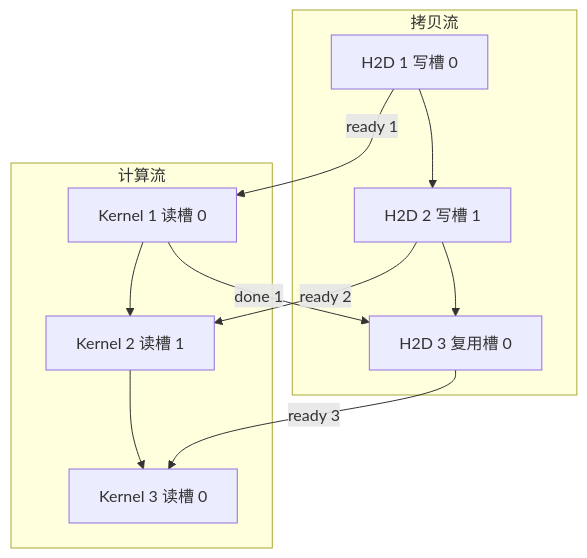
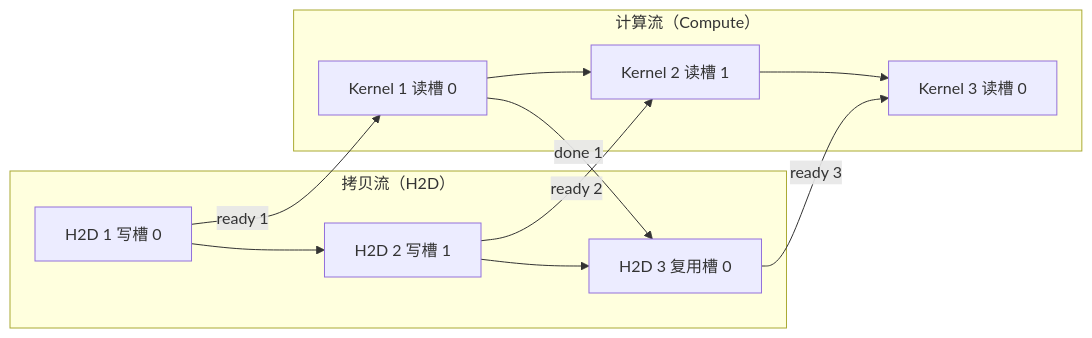
Before and after one commit to realtyz/ops-manual: the diagram in AI-Infra/02_GPU如何计算与显存/04_CUDA Stream 的执行顺序、事件与拷贝重叠.md, drawn with Mermaid. The commit also changed other lines of this file and 194 other files, not shown here.

````diff
--- a/AI-Infra/02_GPU如何计算与显存/04_CUDA Stream 的执行顺序、事件与拷贝重叠.md
+++ b/AI-Infra/02_GPU如何计算与显存/04_CUDA Stream 的执行顺序、事件与拷贝重叠.md
@@ -37,13 +57,14 @@
 ```mermaid
-flowchart
-    subgraph C["拷贝流"]
+flowchart LR
+    accDescr: 展示三批数据在拷贝流与计算流之间通过双缓冲槽位和 ready、done 两类 CUDA 事件实现双向保护与流水重叠。
+    subgraph C["拷贝流（H2D）"]
         H1["H2D 1 写槽 0"] --> H2["H2D 2 写槽 1"] --> H3["H2D 3 复用槽 0"]
     end
-    subgraph K["计算流"]
+    subgraph K["计算流（Compute）"]
         K1["Kernel 1 读槽 0"] --> K2["Kernel 2 读槽 1"] --> K3["Kernel 3 读槽 0"]
     end
     H1 -->|ready 1| K1
     H2 -->|ready 2| K2
     H3 -->|ready 3| K3
     K1 -->|done 1| H3
 ```
````
